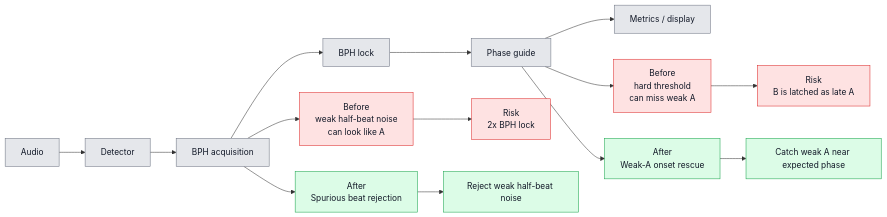
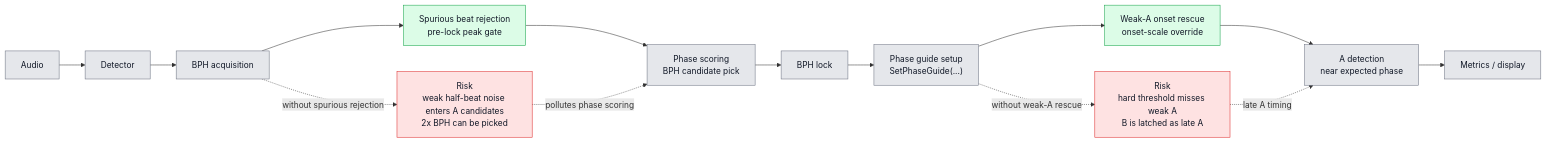
One commit to Jae-hong-5/TimeGrapher-Net changed the diagram in docs/architecture/DETECTION_IMPROVEMENTS_COMPARISON.md. Above: the diagram before and after it, drawn with Mermaid. The commit also changed other lines of this file, not shown here.

Commit message:
docs(architecture): correct detection improvements flow

````diff
--- a/docs/architecture/DETECTION_IMPROVEMENTS_COMPARISON.md
+++ b/docs/architecture/DETECTION_IMPROVEMENTS_COMPARISON.md
@@ -8,28 +8,26 @@
 ```mermaid
 flowchart LR
     audio["Audio"] --> detector["Detector"]
     detector --> acq["BPH acquisition"]
-    acq --> lock["BPH lock"]
-    lock --> guide["Phase guide"]
-    guide --> metrics["Metrics / display"]
+    acq --> spurious["Spurious beat rejection<br/>pre-lock peak gate"]
+    spurious --> phase["Phase scoring<br/>BPH candidate pick"]
+    phase --> lock["BPH lock"]
+    lock --> guide["Phase guide setup<br/>SetPhaseGuide(...)"]
+    guide --> rescue["Weak-A onset rescue<br/>onset-scale override"]
+    rescue --> detectA["A detection<br/>near expected phase"]
+    detectA --> metrics["Metrics / display"]
 
-    acq --> beforeBph["Before<br/>weak half-beat noise<br/>can look like A"]
-    beforeBph --> badBph["Risk<br/>2x BPH lock"]
+    acq -. "without spurious rejection" .-> badBph["Risk<br/>weak half-beat noise enters A candidates<br/>2x BPH can be picked"]
+    badBph -. "pollutes phase scoring" .-> phase
 
-    acq --> afterBph["After<br/>Spurious beat rejection"]
-    afterBph --> goodBph["Reject weak half-beat noise"]
-
-    guide --> beforeA["Before<br/>hard threshold<br/>can miss weak A"]
-    beforeA --> badA["Risk<br/>B is latched as late A"]
-
-    guide --> afterA["After<br/>Weak-A onset rescue"]
-    afterA --> goodA["Catch weak A near expected phase"]
+    guide -. "without weak-A rescue" .-> badA["Risk<br/>hard threshold misses weak A<br/>B is latched as late A"]
+    badA -. "late A timing" .-> detectA
 
     classDef common fill:#e5e7eb,stroke:#6b7280,color:#111827;
-    classDef before fill:#fee2e2,stroke:#dc2626,color:#111827;
-    classDef after fill:#dcfce7,stroke:#16a34a,color:#111827;
+    classDef risk fill:#fee2e2,stroke:#dc2626,color:#111827;
+    classDef improvement fill:#dcfce7,stroke:#16a34a,color:#111827;
 
-    class audio,detector,acq,lock,guide,metrics common;
-    class beforeBph,badBph,beforeA,badA before;
-    class afterBph,goodBph,afterA,goodA after;
+    class audio,detector,acq,phase,lock,guide,detectA,metrics common;
+    class spurious,rescue improvement;
+    class badBph,badA risk;
 ```
````
